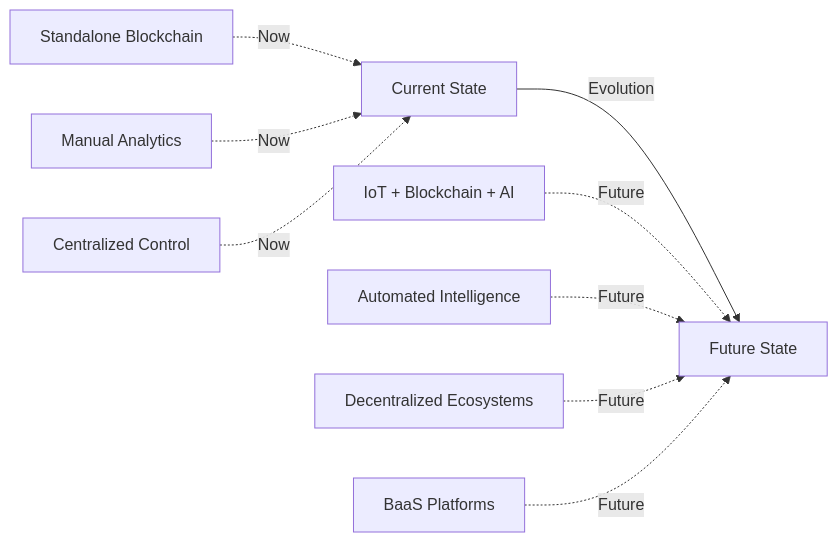
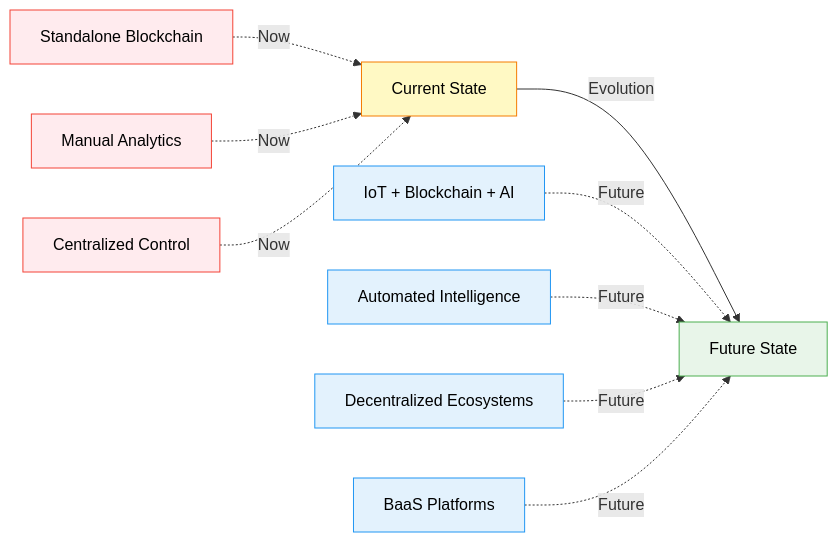
Before and after one commit to ljg-cqu/knowledge: diagram 13 of 14 in Industry/Blockchain/Blockchain/ValueChain/QA_LinerGeneralDeepResearch.md, drawn with Mermaid. The commit also changed other lines of this file and 6 other files, not shown here.

````diff
--- a/Industry/Blockchain/Blockchain/ValueChain/QA_LinerGeneralDeepResearch.md
+++ b/Industry/Blockchain/Blockchain/ValueChain/QA_LinerGeneralDeepResearch.md
@@ -541,13 +670,23 @@
 ```mermaid
 graph LR
     A[Current State] -->|Evolution| B[Future State]
     
     C[Standalone Blockchain] -.->|Now| A
     D[Manual Analytics] -.->|Now| A
     E[Centralized Control] -.->|Now| A
     
     F[IoT + Blockchain + AI] -.->|Future| B
     G[Automated Intelligence] -.->|Future| B
     H[Decentralized Ecosystems] -.->|Future| B
     I[BaaS Platforms] -.->|Future| B
+    
+    style A fill:#FFF9C4,stroke:#F57C00,color:#000
+    style B fill:#E8F5E9,stroke:#4CAF50,color:#000
+    style C fill:#FFEBEE,stroke:#F44336,color:#000
+    style D fill:#FFEBEE,stroke:#F44336,color:#000
+    style E fill:#FFEBEE,stroke:#F44336,color:#000
+    style F fill:#E3F2FD,stroke:#2196F3,color:#000
+    style G fill:#E3F2FD,stroke:#2196F3,color:#000
+    style H fill:#E3F2FD,stroke:#2196F3,color:#000
+    style I fill:#E3F2FD,stroke:#2196F3,color:#000
 ```
````
